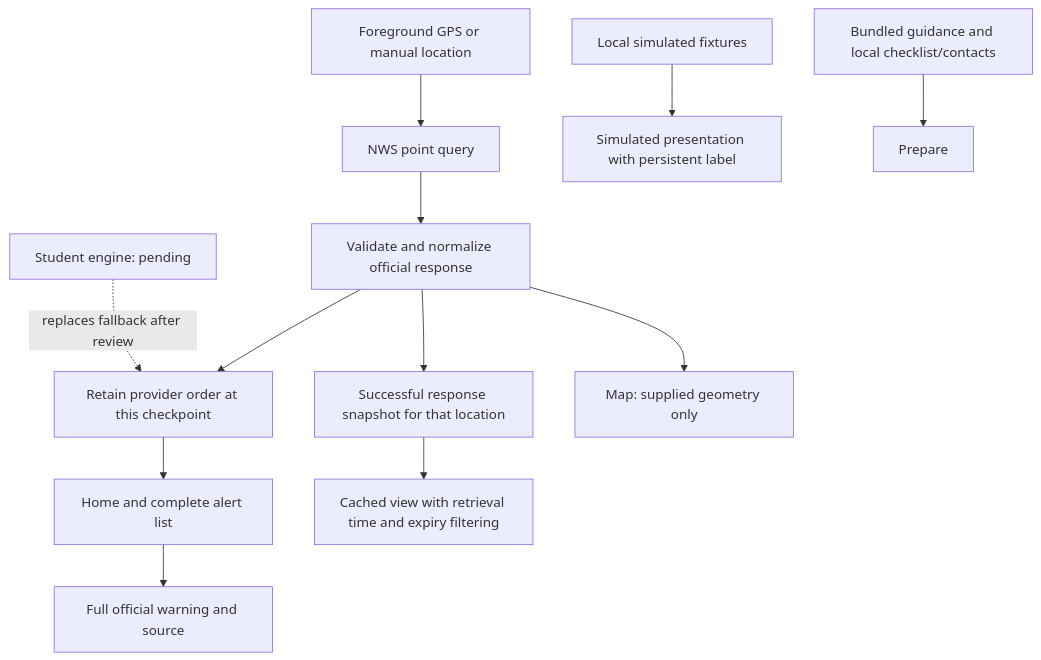
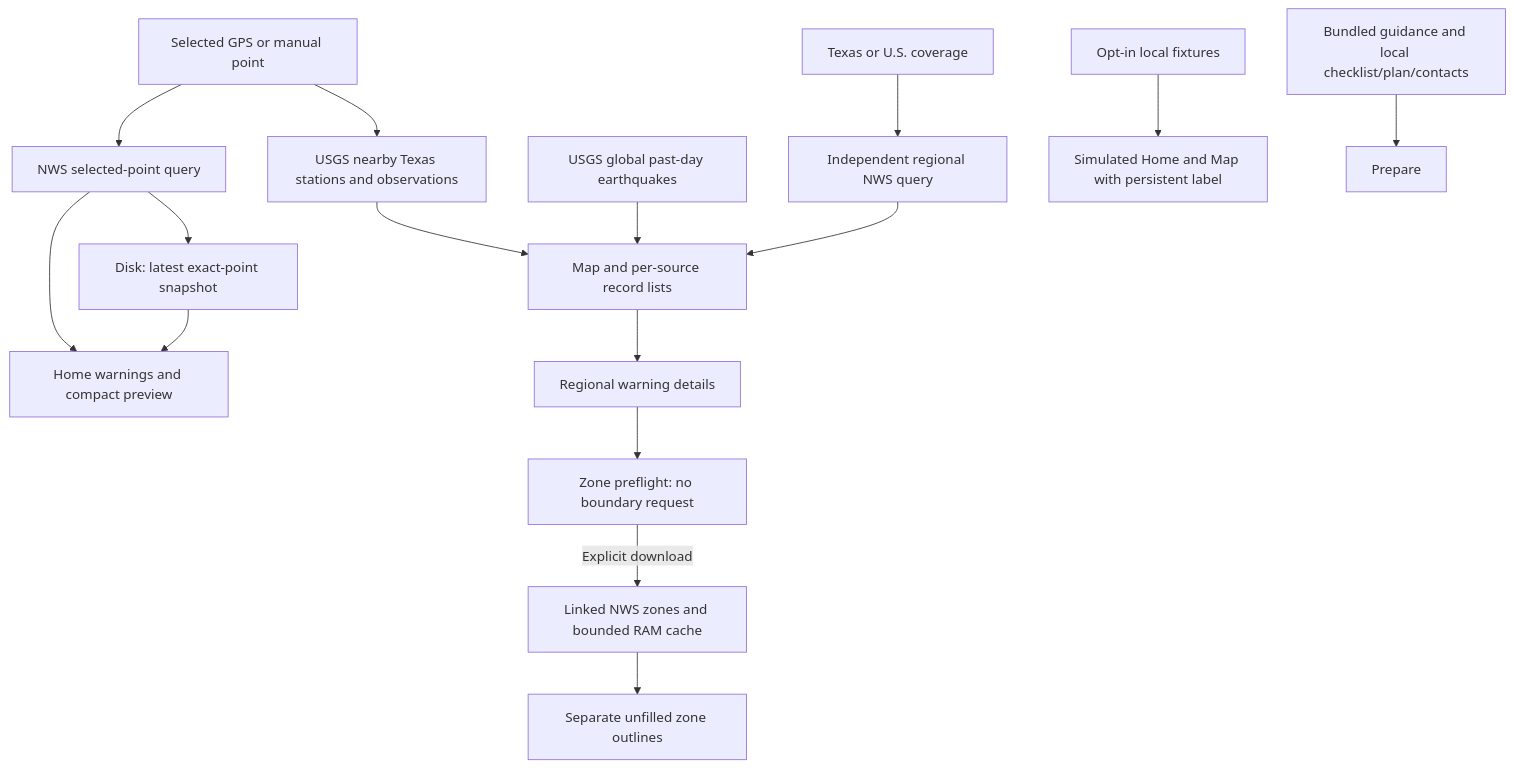
The diagram in ARCHITECTURE.md (lostden/clearpath), drawn with Mermaid before and after one commit. The commit also changed other lines of this file and 27 other files, not shown here.

Commit message:
Add manual feed updates and reliable local save feedback

````diff
--- a/ARCHITECTURE.md
+++ b/ARCHITECTURE.md
@@ -24,14 +24,18 @@
 ```mermaid
 flowchart TD
-  L[Foreground GPS or manual location] --> Q[NWS point query]
-  Q --> V[Validate and normalize official response]
-  V --> C[Successful response snapshot for that location]
-  V --> B[Retain provider order at this checkpoint]
-  B --> H[Home and complete alert list]
-  H --> D[Full official warning and source]
-  V --> M[Map: supplied geometry only]
-  F[Local simulated fixtures] --> S[Simulated presentation with persistent label]
-  C --> O[Cached view with retrieval time and expiry filtering]
-  P[Bundled guidance and local checklist/contacts] --> R[Prepare]
-  X[Student engine: pending] -. replaces fallback after review .-> B
+  L[Selected GPS or manual point] --> Q[NWS selected-point query]
+  Q --> H[Home warnings and compact preview]
+  Q --> C[Disk: latest exact-point snapshot]
+  C --> H
+  T[Texas or U.S. coverage] --> W[Independent regional NWS query]
+  W --> M[Map and per-source record lists]
+  E[USGS global past-day earthquakes] --> M
+  L --> U[USGS nearby Texas stations and observations]
+  U --> M
+  M --> D[Regional warning details]
+  D --> P[Zone preflight: no boundary request]
+  P -->|Explicit download| Z[Linked NWS zones and bounded RAM cache]
+  Z --> O[Separate unfilled zone outlines]
+  F[Opt-in local fixtures] --> S[Simulated Home and Map with persistent label]
+  B[Bundled guidance and local checklist/plan/contacts] --> R[Prepare]
 ```
````
